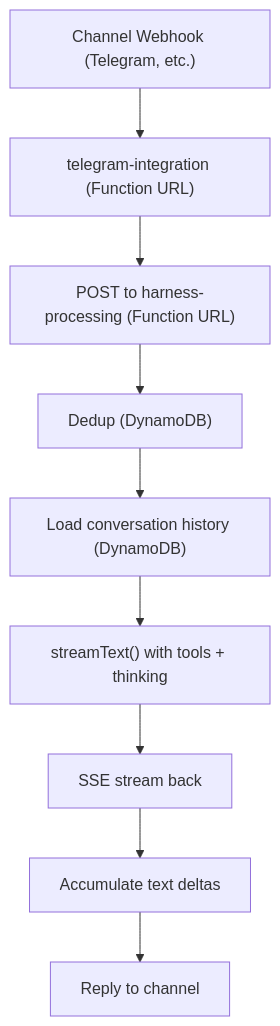
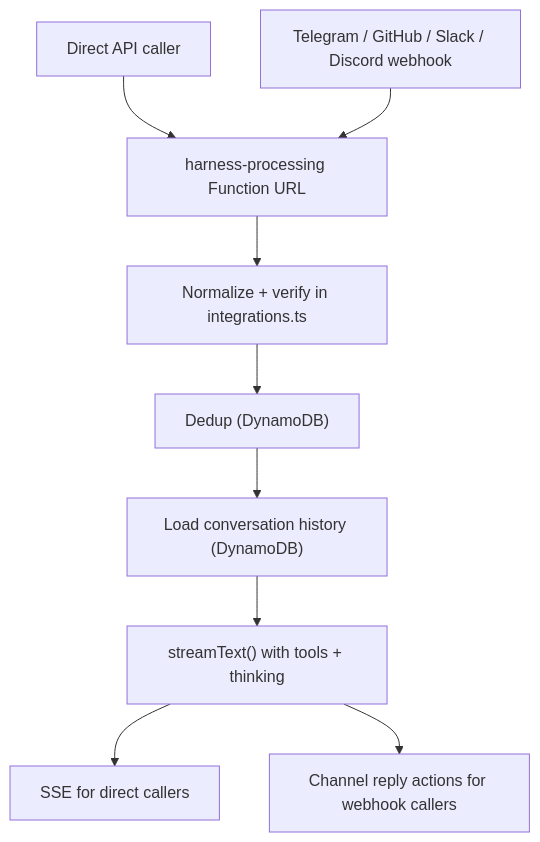
The diagram in README.md (beeblastco/filthy-panty), drawn with Mermaid before and after one commit. The commit also changed other lines of this file and 14 other files, not shown here.

Commit message:
feat: add Slack, Discord, and GitHub channel integrations

````diff
--- a/README.md
+++ b/README.md
@@ -14,11 +13,11 @@
 ```mermaid
 flowchart TD
-  A["Channel Webhook (Telegram, etc.)"] --> B["telegram-integration (Function URL)"]
-  B --> C["POST to harness-processing (Function URL)"]
-  C --> D["Dedup (DynamoDB)"]
-  D --> E["Load conversation history (DynamoDB)"]
-  E --> F["streamText() with tools + thinking"]
-  F --> G["SSE stream back"]
-  G --> H["Accumulate text deltas"]
-  H --> I["Reply to channel"]
+  A["Direct API caller"] --> B["harness-processing Function URL"]
+  C["Telegram / GitHub / Slack / Discord webhook"] --> B
+  B --> D["Normalize + verify in integrations.ts"]
+  D --> E["Dedup (DynamoDB)"]
+  E --> F["Load conversation history (DynamoDB)"]
+  F --> G["streamText() with tools + thinking"]
+  G --> H["SSE for direct callers"]
+  G --> I["Channel reply actions for webhook callers"]
 ```
````
